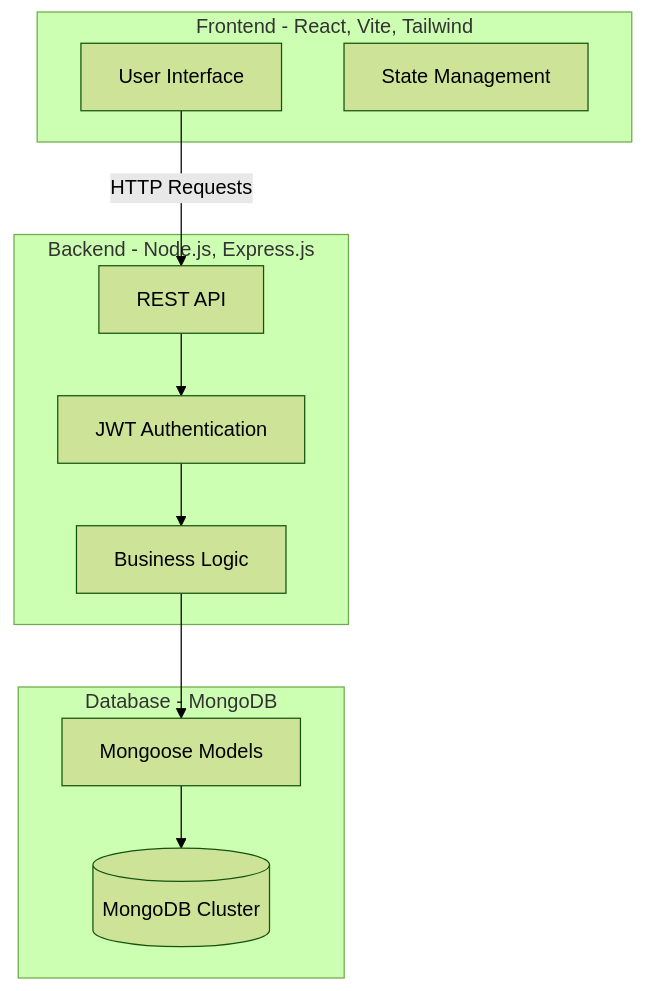
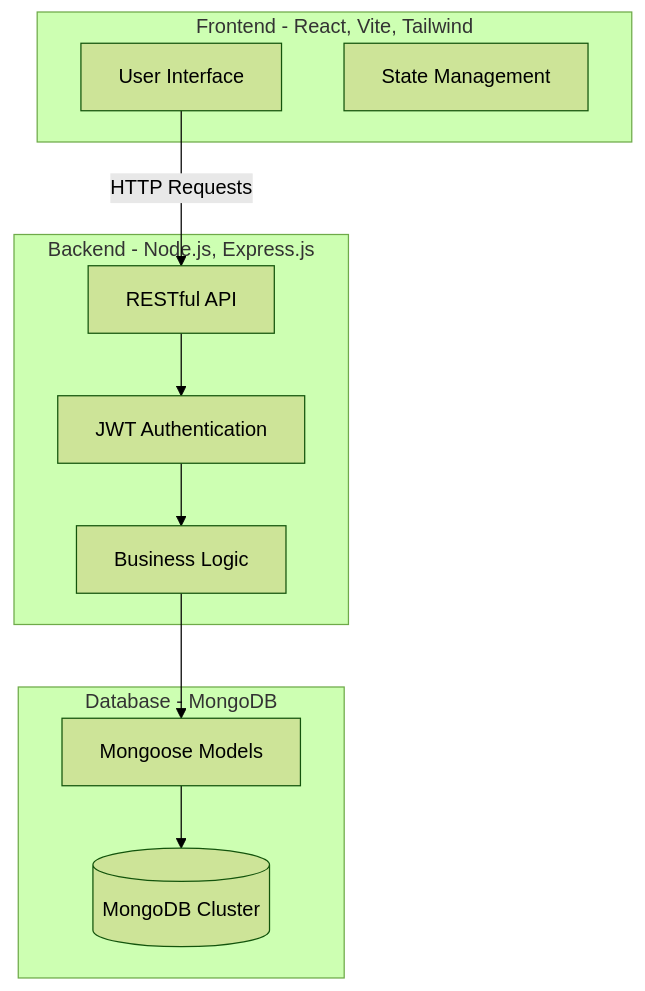
The first of 2 diagrams in README.md (Somnath29/EcoShare_Smart_Food_Waste_Management_System), drawn with Mermaid (forest theme) before and after one commit. The commit also changed other lines of this file, not shown here.

````diff
--- a/README.md
+++ b/README.md
@@ -7,24 +25,24 @@
 ```mermaid
 graph TD
     subgraph Frontend [Frontend - React, Vite, Tailwind]
         UI[User Interface]
         State[State Management]
     end
 
     subgraph Backend [Backend - Node.js, Express.js]
-        API[REST API]
+        API[RESTful API]
         Auth[JWT Authentication]
         Controllers[Business Logic]
     end
 
     subgraph Database [Database - MongoDB]
         Models[Mongoose Models]
         DB[(MongoDB Cluster)]
     end
 
     UI -->|HTTP Requests| API
     API --> Auth
     Auth --> Controllers
     Controllers --> Models
     Models --> DB
 ```
````
